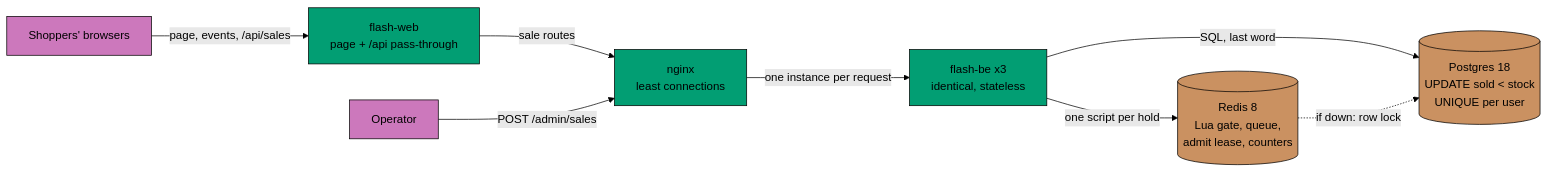
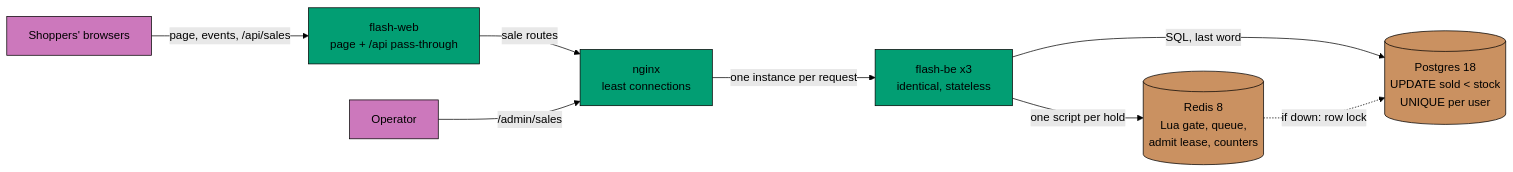
Before and after one commit to wahidyankf/coding-itv-js-flashsale: the third of 3 diagrams in README.md, drawn with Mermaid (forest theme). The commit also changed other lines of this file and 11 other files, not shown here.

First line of the commit message:
docs: document the current sale rule and the operator routes

````diff
--- a/README.md
+++ b/README.md
@@ -135,26 +135,26 @@
 ```mermaid
 flowchart LR
   accTitle: Flash sale under load
-  accDescr: Shoppers reach the web app, which passes sale requests to nginx. An operator creates sales through nginx too. Nginx spreads requests over three identical API instances. The instances share one Postgres, which holds the truth, and one Redis, which holds the queue, the holds, the rate counters and the lease that lets one instance admit shoppers each second. If Redis is down the instances keep selling from Postgres under a row lock, and the readiness check reports it.
+  accDescr: Shoppers reach the web app, which passes sale requests to nginx. An operator manages sales through nginx too. Nginx spreads requests over three identical API instances. The instances share one Postgres, which holds the truth, and one Redis, which holds the queue, the holds, the rate counters and the lease that lets one instance admit shoppers each second. If Redis is down the instances keep selling from Postgres under a row lock, and the readiness check reports it.
   browser["Shoppers' browsers"]
   operator["Operator"]
   web["flash-web<br/>page + /api pass-through"]
   lb["nginx<br/>least connections"]
   be["flash-be x3<br/>identical, stateless"]
   pg[("Postgres 18<br/>UPDATE sold < stock<br/>UNIQUE per user")]
   redis[("Redis 8<br/>Lua gate, queue,<br/>admit lease, counters")]
   browser -->|page, events, /api/sales| web
   web -->|sale routes| lb
-  operator -->|POST /admin/sales| lb
+  operator -->|/admin/sales| lb
   lb -->|one instance per request| be
   be -->|SQL, last word| pg
   be -->|one script per hold| redis
   redis -.->|if down: row lock| pg
   classDef person fill:#CC78BC,stroke:#000000,color:#000000
   classDef container fill:#029E73,stroke:#000000,color:#000000
   classDef store fill:#CA9161,stroke:#000000,color:#000000
   classDef default fill:#808080,stroke:#000000,color:#000000
   class browser,operator person
   class web,lb,be container
   class pg,redis store
 ```
````
